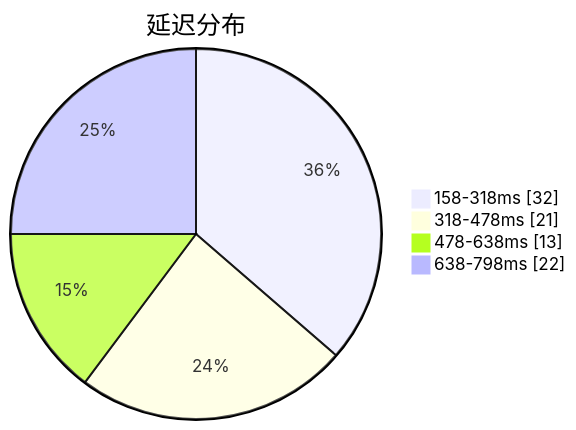
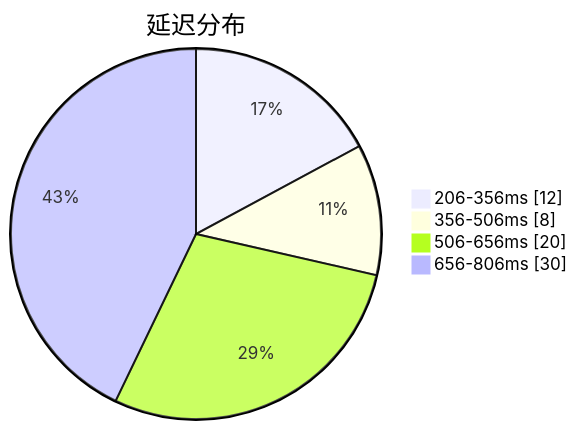
The first of 3 diagrams in subs/statistics/tested_within.md (qjlxg/airport), drawn with Mermaid before and after one commit. The commit also changed other lines of this file and 2 other files, not shown here.

````diff
--- a/subs/statistics/tested_within.md
+++ b/subs/statistics/tested_within.md
@@ -2,8 +2,8 @@
 ```mermaid
 pie showData
 title 延迟分布
-"158-318ms" : 32
-"318-478ms" : 21
-"478-638ms" : 13
-"638-798ms" : 22
+"206-356ms" : 12
+"356-506ms" : 8
+"506-656ms" : 20
+"656-806ms" : 30
 ```
````
